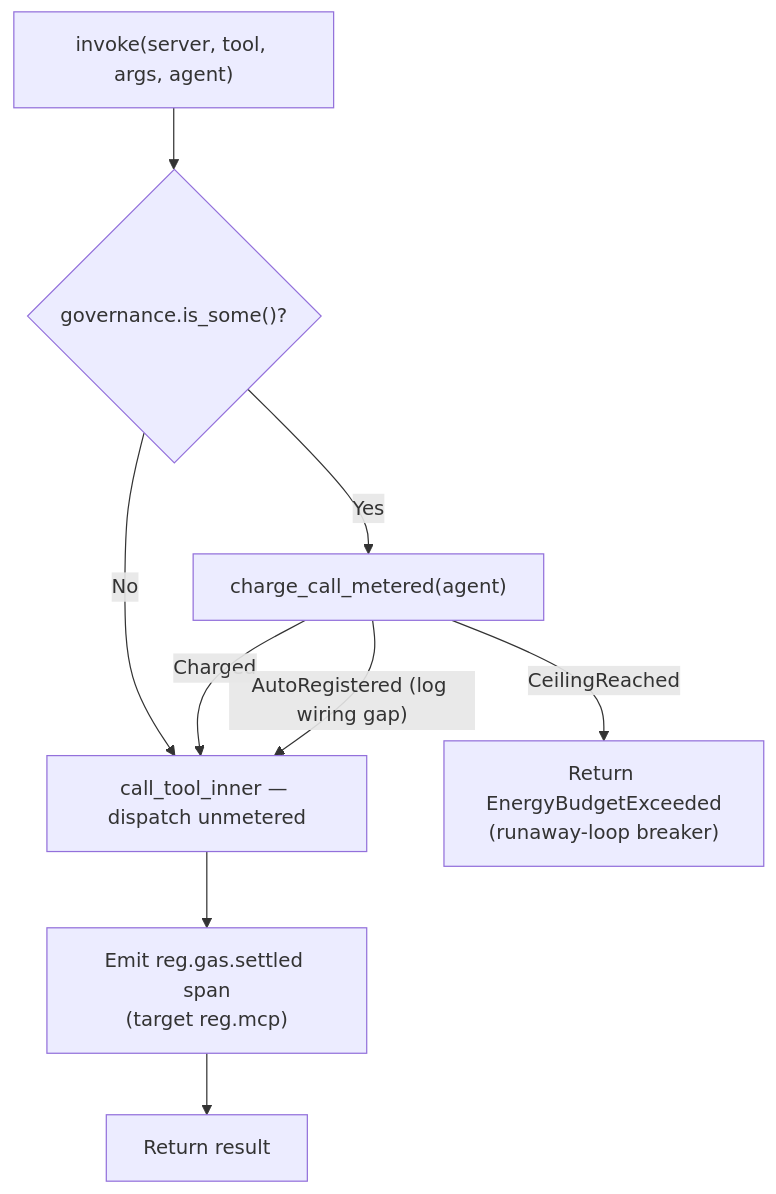
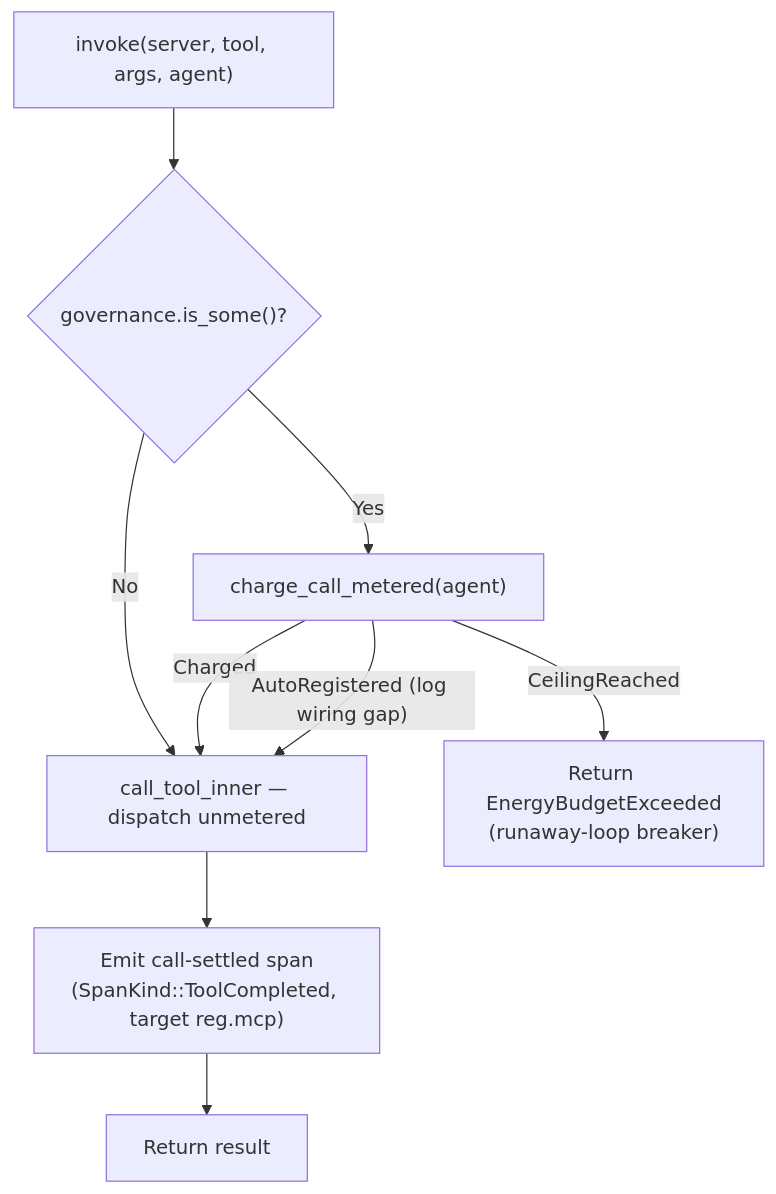
Before and after one commit to mdz-axo/zed-kask: the first of 4 diagrams in kask/docs/diagrams/mcp-dispatch.md, drawn with Mermaid. The commit also changed other lines of this file and 26 other files, not shown here.

````diff
--- a/kask/docs/diagrams/mcp-dispatch.md
+++ b/kask/docs/diagrams/mcp-dispatch.md
@@ -25,11 +25,11 @@
 ```mermaid
 flowchart TD
     A["invoke(server, tool, args, agent)"] --> B{"governance.is_some()?"}
     B -- "No" --> G["call_tool_inner — dispatch unmetered"]
     B -- "Yes" --> C["charge_call_metered(agent)"]
     C -- "Charged" --> G
     C -- "AutoRegistered (log wiring gap)" --> G
     C -- "CeilingReached" --> K["Return EnergyBudgetExceeded<br/>(runaway-loop breaker)"]
-    G --> I["Emit reg.gas.settled span<br/>(target reg.mcp)"]
+    G --> I["Emit call-settled span<br/>(SpanKind::ToolCompleted, target reg.mcp)"]
     I --> J["Return result"]
 ```
````
